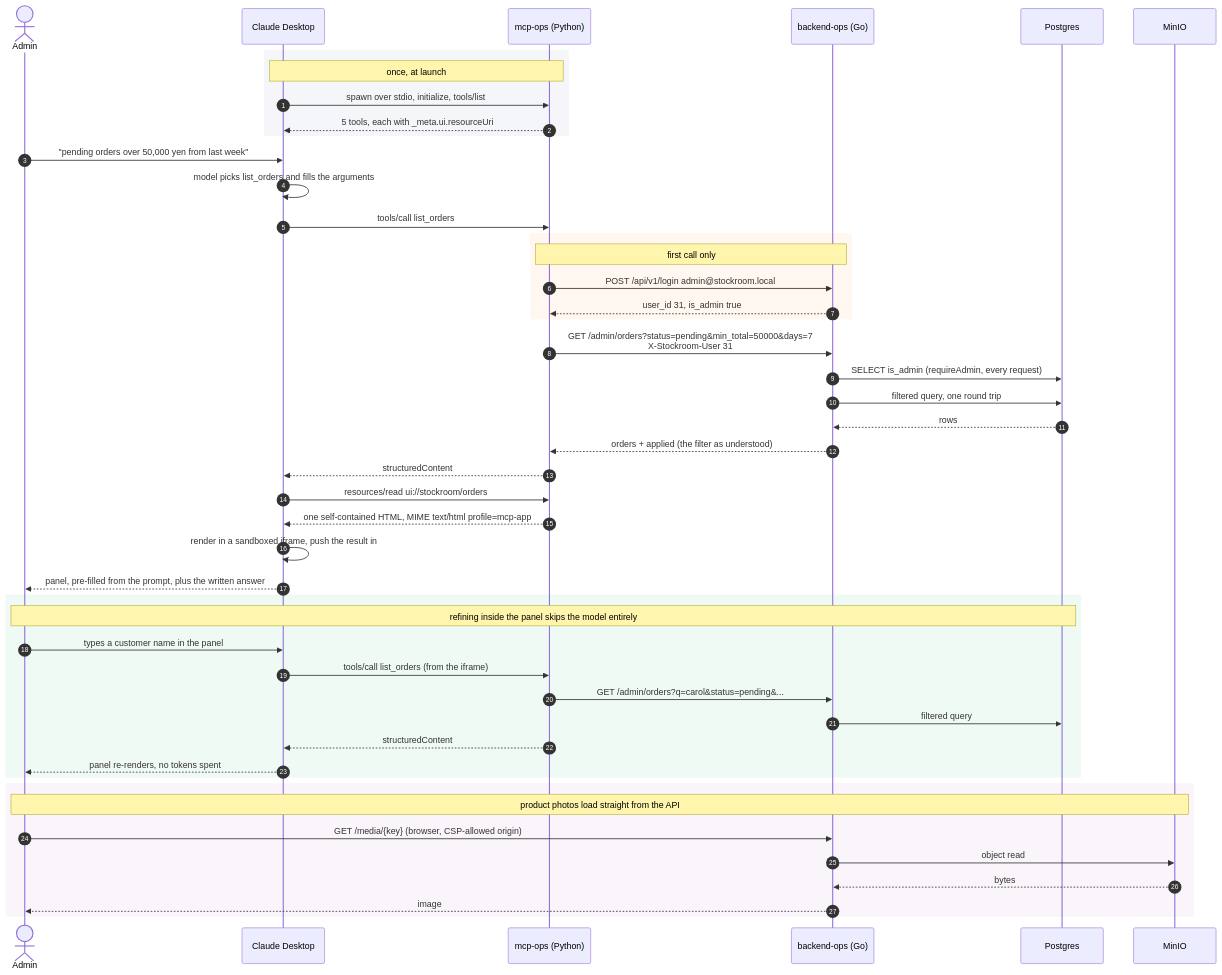
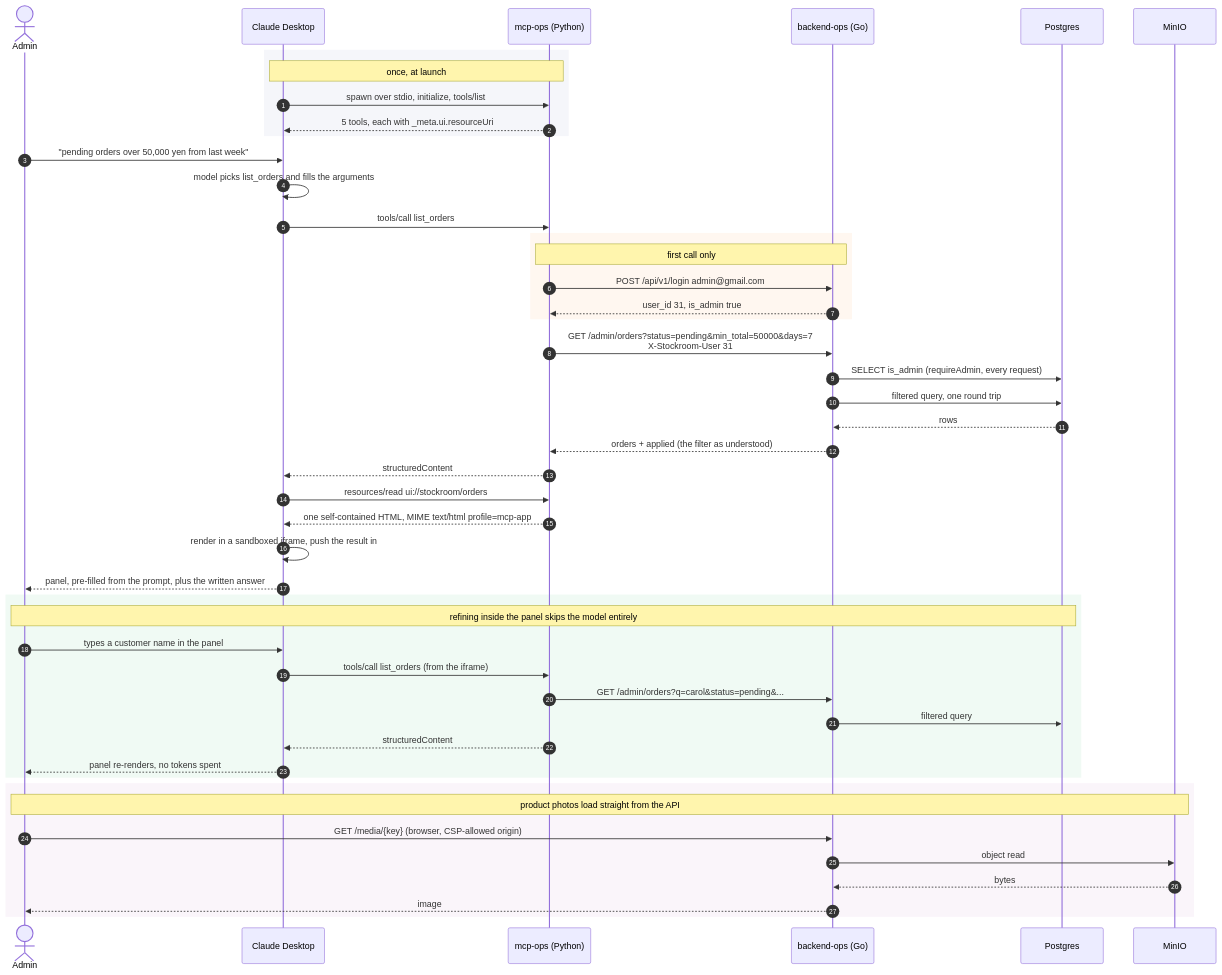
Before and after one commit to Nquan0207/Printing-service: the diagram in docs/diagrams/read-flow.mmd, drawn with Mermaid. The commit also changed 13 other files, not shown here.

```diff
--- a/docs/diagrams/read-flow.mmd
+++ b/docs/diagrams/read-flow.mmd
@@ -1,54 +1,54 @@
 sequenceDiagram
     autonumber
     actor Admin
     participant CD as Claude Desktop
     participant MCP as mcp-ops (Python)
     participant API as backend-ops (Go)
     participant DB as Postgres
     participant S3 as MinIO
 
     rect rgb(245,246,250)
     Note over CD,MCP: once, at launch
     CD->>MCP: spawn over stdio, initialize, tools/list
     MCP-->>CD: 5 tools, each with _meta.ui.resourceUri
     end
 
     Admin->>CD: "pending orders over 50,000 yen from last week"
     CD->>CD: model picks list_orders and fills the arguments
     CD->>MCP: tools/call list_orders
 
     rect rgb(255,247,240)
     Note over MCP,API: first call only
-    MCP->>API: POST /api/v1/login admin@stockroom.local
+    MCP->>API: POST /api/v1/login admin@gmail.com
     API-->>MCP: user_id 31, is_admin true
     end
 
     MCP->>API: GET /admin/orders?status=pending&min_total=50000&days=7<br/>X-Stockroom-User 31
     API->>DB: SELECT is_admin  (requireAdmin, every request)
     API->>DB: filtered query, one round trip
     DB-->>API: rows
     API-->>MCP: orders + applied (the filter as understood)
     MCP-->>CD: structuredContent
 
     CD->>MCP: resources/read ui://stockroom/orders
     MCP-->>CD: one self-contained HTML, MIME text/html profile=mcp-app
     CD->>CD: render in a sandboxed iframe, push the result in
     CD-->>Admin: panel, pre-filled from the prompt, plus the written answer
 
     rect rgb(240,250,244)
     Note over Admin,DB: refining inside the panel skips the model entirely
     Admin->>CD: types a customer name in the panel
     CD->>MCP: tools/call list_orders (from the iframe)
     MCP->>API: GET /admin/orders?q=carol&status=pending&...
     API->>DB: filtered query
     MCP-->>CD: structuredContent
     CD-->>Admin: panel re-renders, no tokens spent
     end
 
     rect rgb(250,245,250)
     Note over Admin,S3: product photos load straight from the API
     Admin->>API: GET /media/{key}  (browser, CSP-allowed origin)
     API->>S3: object read
     S3-->>API: bytes
     API-->>Admin: image
     end
```
